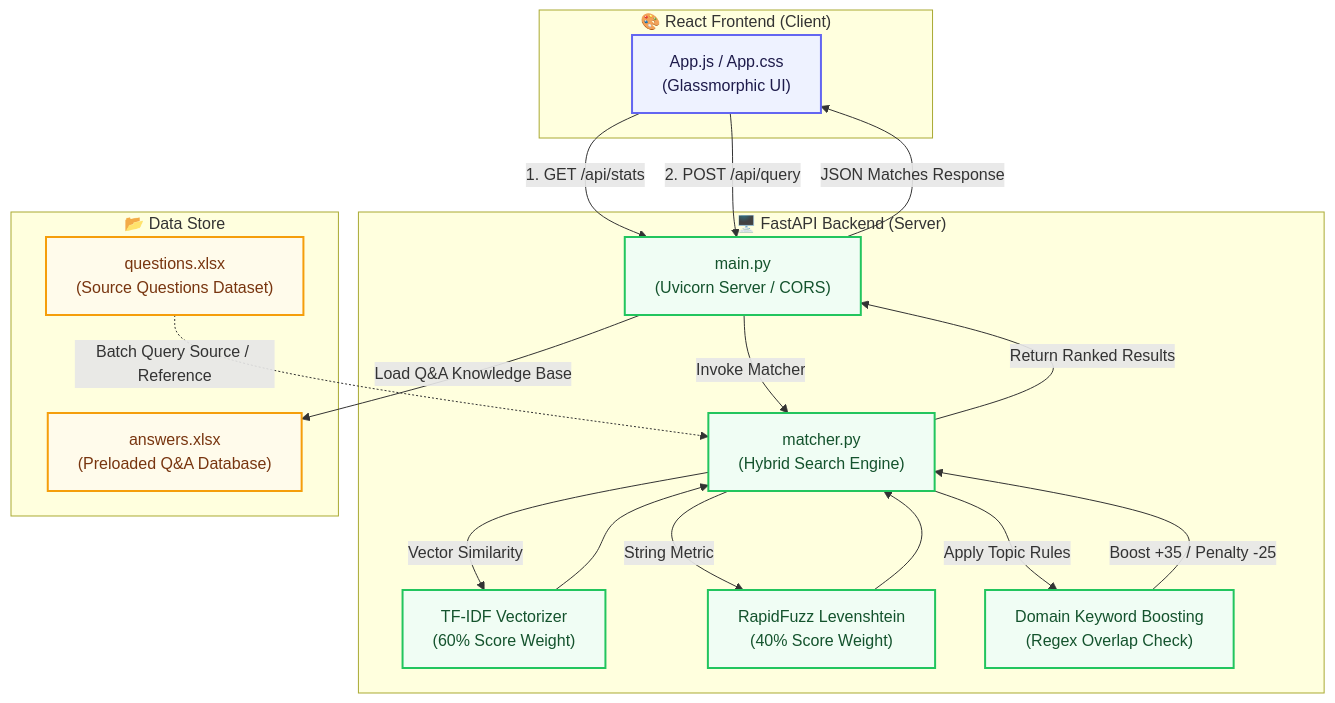
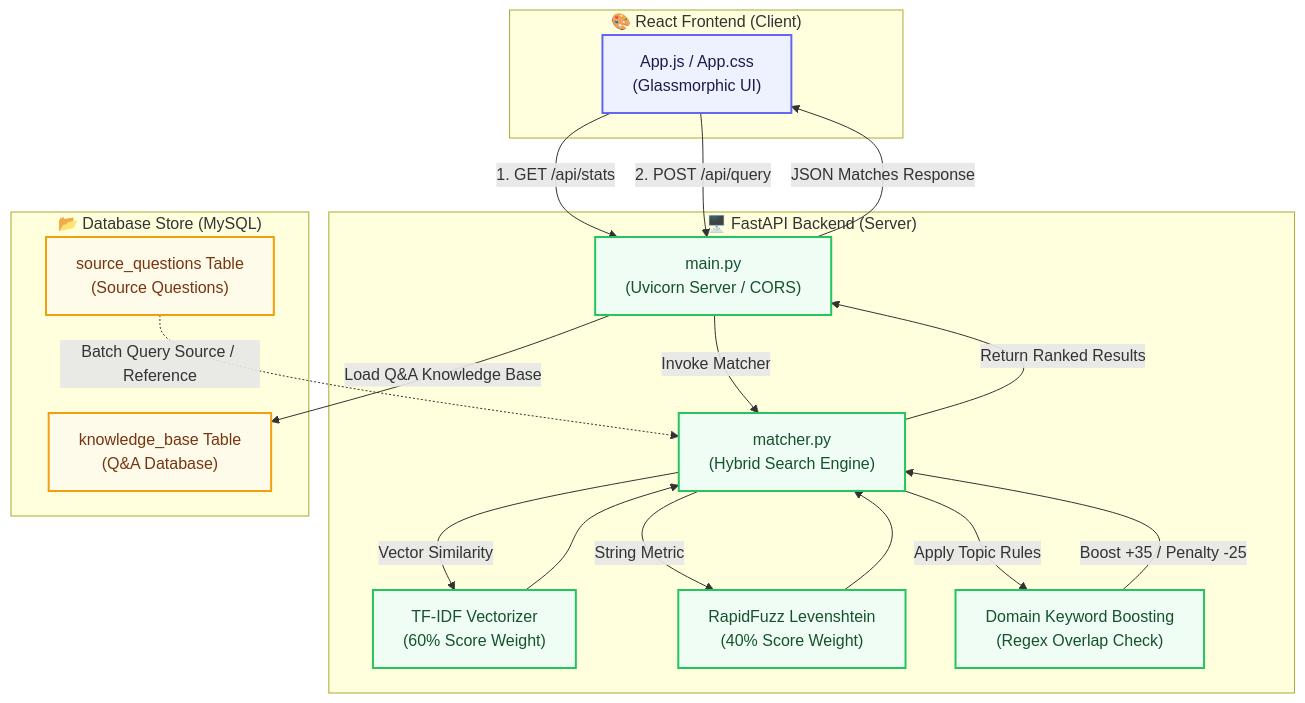
One commit to chirag07p/qna changed the diagram in README.md. Above: the diagram before and after it, drawn with Mermaid. The commit also changed other lines of this file and 8 other files, not shown here.

````diff
--- a/README.md
+++ b/README.md
@@ -40,51 +39,51 @@
 ```mermaid
 graph TD
     %% Styling definitions
     classDef clientStyle fill:#eef2ff,stroke:#6366f1,stroke-width:2px,color:#1e1b4b;
     classDef serverStyle fill:#f0fdf4,stroke:#22c55e,stroke-width:2px,color:#14532d;
     classDef dataStyle fill:#fffbeb,stroke:#f59e0b,stroke-width:2px,color:#78350f;
 
     %% Nodes
     subgraph Client ["🎨 React Frontend (Client)"]
         UI["App.js / App.css<br>(Glassmorphic UI)"]:::clientStyle
     end
 
     subgraph Server ["🖥️ FastAPI Backend (Server)"]
         API["main.py<br>(Uvicorn Server / CORS)"]:::serverStyle
         Matcher["matcher.py<br>(Hybrid Search Engine)"]:::serverStyle
         TFIDF["TF-IDF Vectorizer<br>(60% Score Weight)"]:::serverStyle
         Fuzzy["RapidFuzz Levenshtein<br>(40% Score Weight)"]:::serverStyle
         KeywordBoost["Domain Keyword Boosting<br>(Regex Overlap Check)"]:::serverStyle
     end
 
-    subgraph Data ["📂 Data Store"]
-        ExcelAnswers["answers.xlsx<br>(Preloaded Q&A Database)"]:::dataStyle
-        ExcelQuestions["questions.xlsx<br>(Source Questions Dataset)"]:::dataStyle
+    subgraph Data ["📂 Database Store (MySQL)"]
+        MySQL_KB["knowledge_base Table<br>(Q&A Database)"]:::dataStyle
+        MySQL_SQ["source_questions Table<br>(Source Questions)"]:::dataStyle
     end
 
     %% Flows & Interactions
     UI -->|1. GET /api/stats| API
     UI -->|2. POST /api/query| API
     
-    API -->|Load Q&A Knowledge Base| ExcelAnswers
+    API -->|Load Q&A Knowledge Base| MySQL_KB
     
-    ExcelQuestions -.->|Batch Query Source / Reference| Matcher
+    MySQL_SQ -.->|Batch Query Source / Reference| Matcher
     
     API -->|Invoke Matcher| Matcher
     Matcher -->|Vector Similarity| TFIDF
     Matcher -->|String Metric| Fuzzy
     
     TFIDF --> Matcher
     Fuzzy --> Matcher
     
     Matcher -->|Apply Topic Rules| KeywordBoost
     KeywordBoost -->|Boost +35 / Penalty -25| Matcher
     
     Matcher -->|Return Ranked Results| API
     API -->|JSON Matches Response| UI
 
     %% Custom Class assignments
     class UI clientStyle;
     class API,Matcher,TFIDF,Fuzzy,KeywordBoost serverStyle;
-    class ExcelAnswers,ExcelQuestions dataStyle;
+    class MySQL_KB,MySQL_SQ dataStyle;
 ```
````
